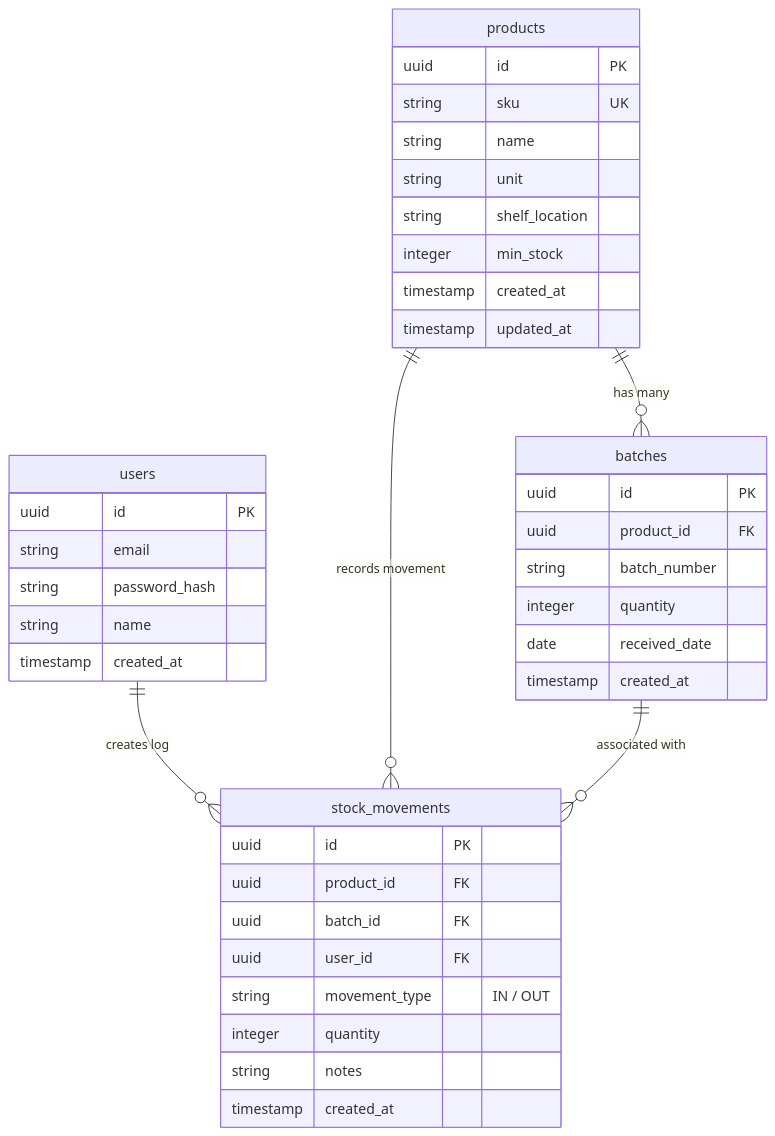
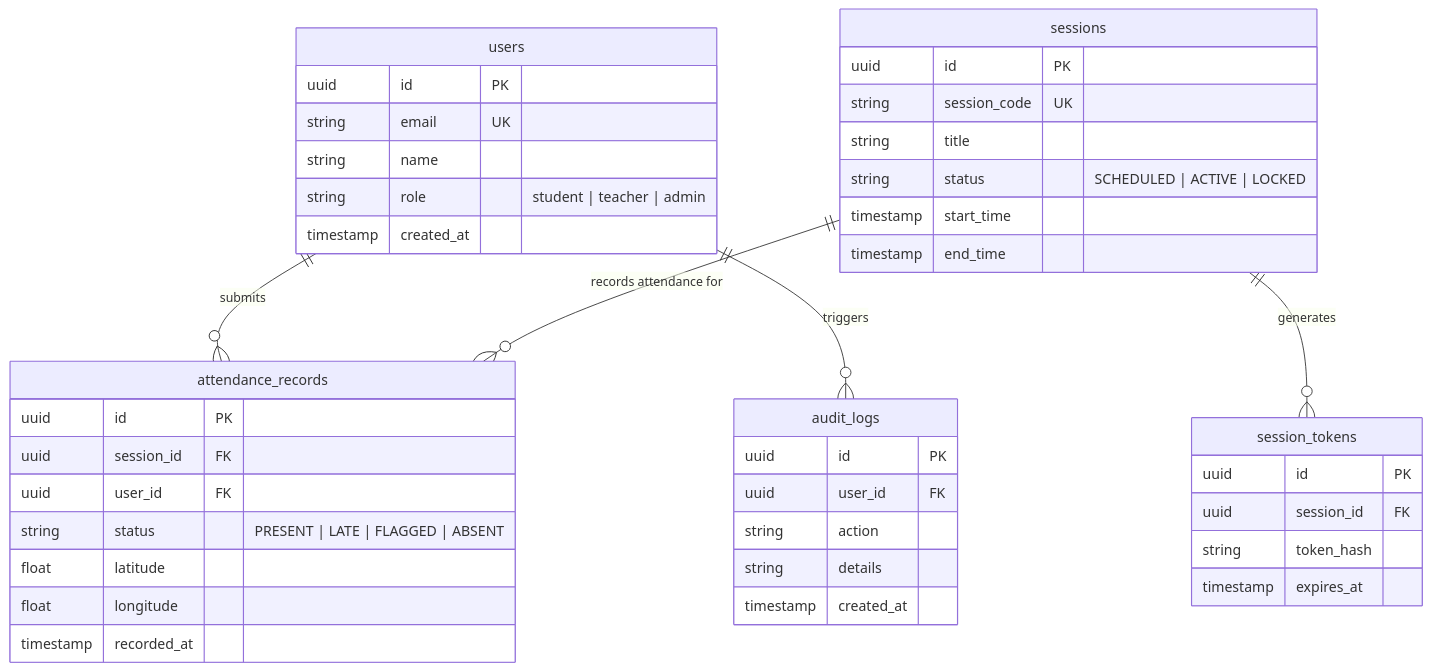
The third of 15 diagrams in references/prd-format.md (Badroel07/PRD-Generator), drawn with Mermaid before and after one commit. The commit also changed other lines of this file and 6 other files, not shown here.

````diff
--- a/references/prd-format.md
+++ b/references/prd-format.md
@@ -100,46 +221,49 @@
 ```mermaid
 erDiagram
-    users ||--o{ stock_movements : "creates log"
-    products ||--o{ batches : "has many"
-    products ||--o{ stock_movements : "records movement"
-    batches ||--o{ stock_movements : "associated with"
+    users ||--o{ attendance_records : "submits"
+    sessions ||--o{ attendance_records : "records attendance for"
+    users ||--o{ audit_logs : "triggers"
+    sessions ||--o{ session_tokens : "generates"
 
     users {
         uuid id PK
-        string email
-        string password_hash
+        string email UK
         string name
+        string role "student | teacher | admin"
         timestamp created_at
     }
 
-    products {
+    sessions {
         uuid id PK
-        string sku UK
-        string name
-        string unit
-        string shelf_location
-        integer min_stock
-        timestamp created_at
-        timestamp updated_at
+        string session_code UK
+        string title
+        string status "SCHEDULED | ACTIVE | LOCKED"
+        timestamp start_time
+        timestamp end_time
     }
 
-    batches {
+    attendance_records {
         uuid id PK
-        uuid product_id FK
-        string batch_number
-        integer quantity
-        date received_date
-        timestamp created_at
+        uuid session_id FK
+        uuid user_id FK
+        string status "PRESENT | LATE | FLAGGED | ABSENT"
+        float latitude
+        float longitude
+        timestamp recorded_at
     }
 
-    stock_movements {
+    session_tokens {
         uuid id PK
-        uuid product_id FK
-        uuid batch_id FK
+        uuid session_id FK
+        string token_hash
+        timestamp expires_at
+    }
+
+    audit_logs {
+        uuid id PK
         uuid user_id FK
-        string movement_type "IN / OUT"
-        integer quantity
-        string notes
+        string action
+        string details
         timestamp created_at
     }
 ```
````
